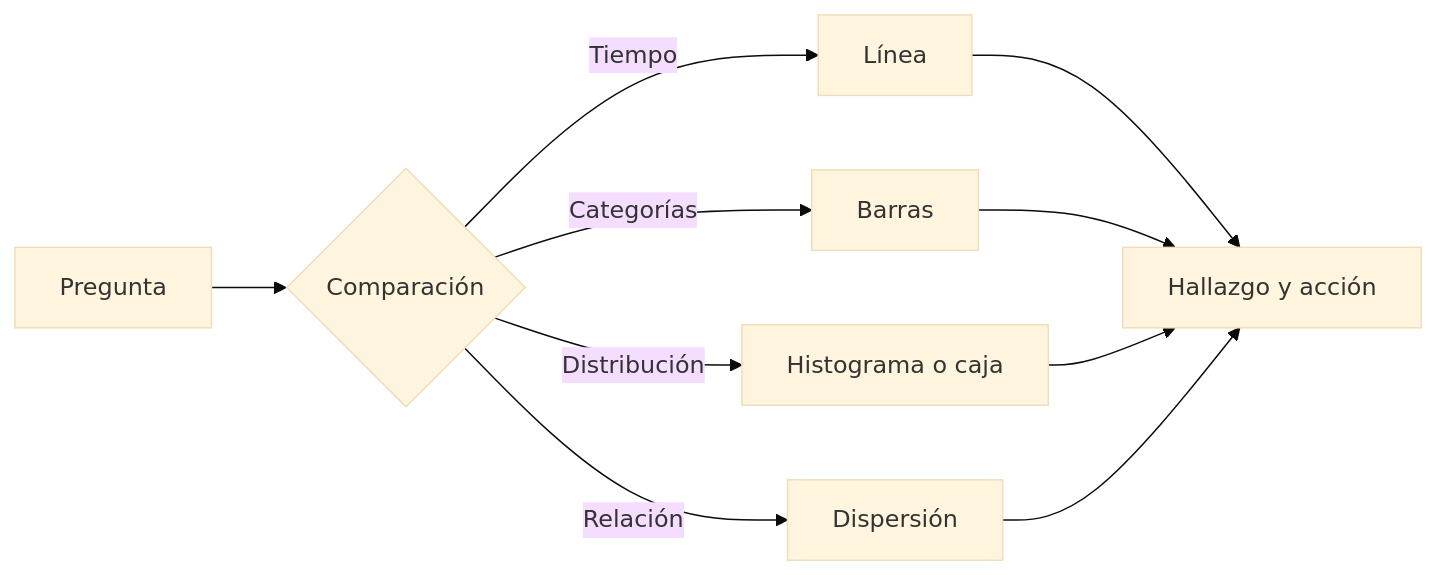
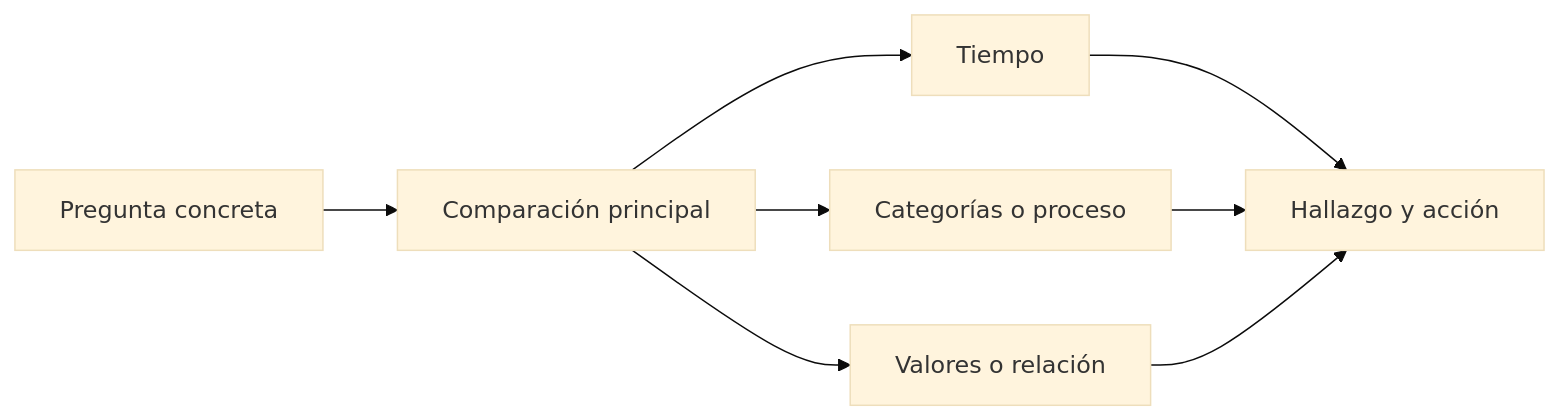
Before and after one commit to Ayhur/CursoAnalista: the diagram in curso/07-visualizacion/lecciones/01-pregunta-y-tipo-de-grafico.md, drawn with Mermaid (base theme). The commit also changed other lines of this file and 11 other files, not shown here.

````diff
--- a/curso/07-visualizacion/lecciones/01-pregunta-y-tipo-de-grafico.md
+++ b/curso/07-visualizacion/lecciones/01-pregunta-y-tipo-de-grafico.md
@@ -9,12 +17,10 @@
 ```mermaid
 flowchart LR
- A[Pregunta] --> B{Comparación}
- B -->|Tiempo| C[Línea]
- B -->|Categorías| D[Barras]
- B -->|Distribución| E[Histograma o caja]
- B -->|Relación| F[Dispersión]
- C --> G[Hallazgo y acción]
- D --> G
- E --> G
- F --> G
+ A[Pregunta concreta] --> B[Comparación principal]
+ B --> C[Tiempo]
+ B --> D[Categorías o proceso]
+ B --> E[Valores o relación]
+ C --> H[Hallazgo y acción]
+ D --> H
+ E --> H
 ```
````
